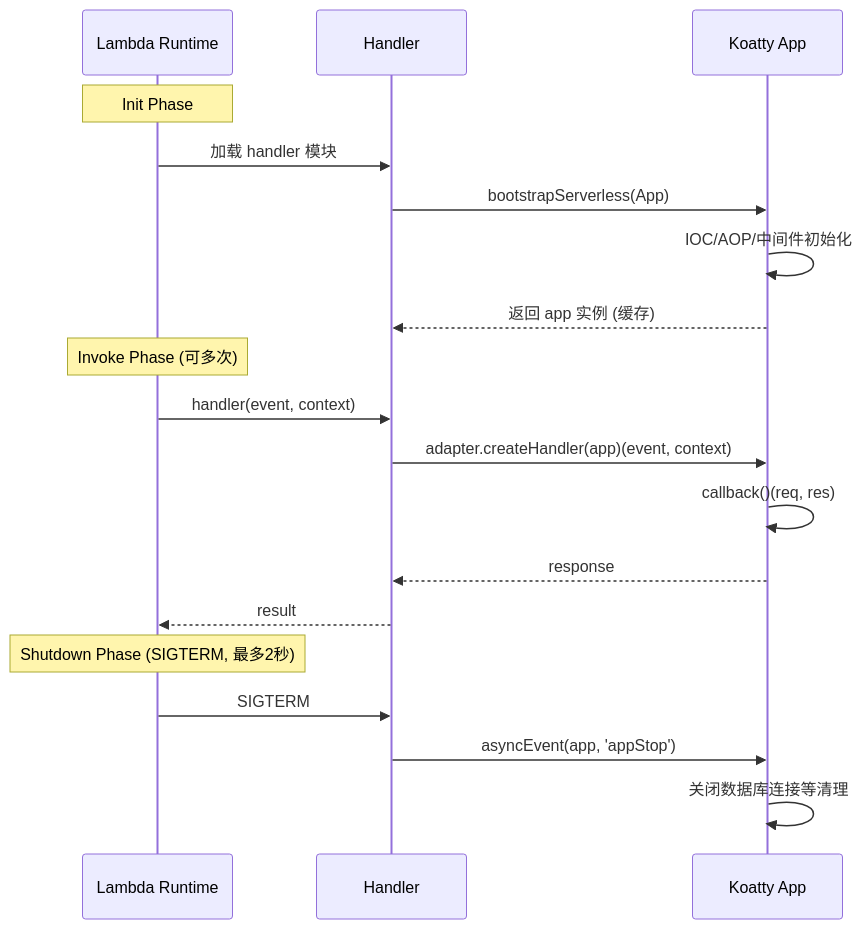
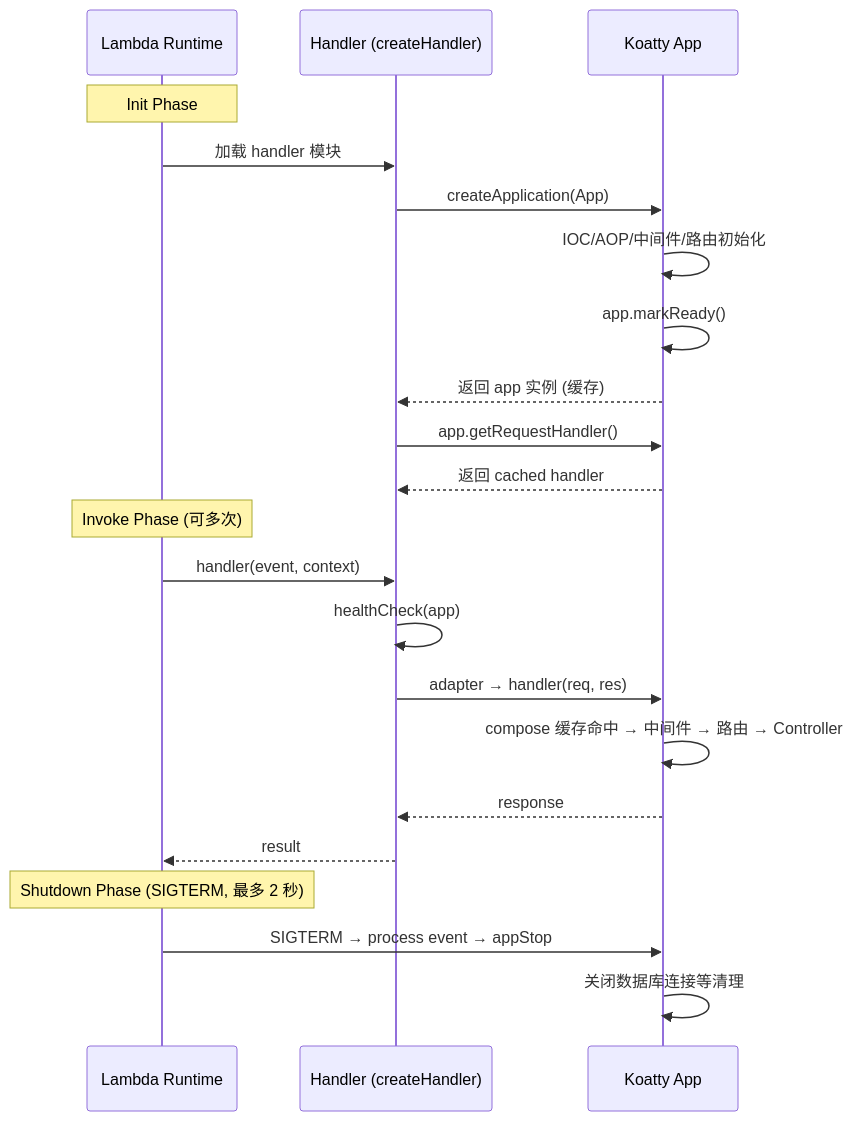
The third of 3 diagrams in docs/SERVERLESS_IMPLEMENTATION_PLAN.md (Koatty/koatty), drawn with Mermaid before and after one commit. The commit also changed other lines of this file and 1 other file, not shown here.

First line of the commit message:
docs: add callback refactoring plan and serverless implementation details

````diff
--- a/docs/SERVERLESS_IMPLEMENTATION_PLAN.md
+++ b/docs/SERVERLESS_IMPLEMENTATION_PLAN.md
@@ -636,24 +583,27 @@
 ```mermaid
 sequenceDiagram
     participant L as Lambda Runtime
-    participant H as Handler
+    participant H as Handler (createHandler)
     participant A as Koatty App
 
     Note over L: Init Phase
     L->>H: 加载 handler 模块
-    H->>A: bootstrapServerless(App)
-    A->>A: IOC/AOP/中间件初始化
+    H->>A: createApplication(App)
+    A->>A: IOC/AOP/中间件/路由初始化
+    A->>A: app.markReady()
     A-->>H: 返回 app 实例 (缓存)
+    H->>A: app.getRequestHandler()
+    A-->>H: 返回 cached handler
 
     Note over L: Invoke Phase (可多次)
     L->>H: handler(event, context)
-    H->>A: adapter.createHandler(app)(event, context)
-    A->>A: callback()(req, res)
+    H->>H: healthCheck(app)
+    H->>A: adapter → handler(req, res)
+    A->>A: compose 缓存命中 → 中间件 → 路由 → Controller
     A-->>H: response
     H-->>L: result
 
-    Note over L: Shutdown Phase (SIGTERM, 最多2秒)
-    L->>H: SIGTERM
-    H->>A: asyncEvent(app, 'appStop')
+    Note over L: Shutdown Phase (SIGTERM, 最多 2 秒)
+    L->>A: SIGTERM → process event → appStop
     A->>A: 关闭数据库连接等清理
 ```
````
